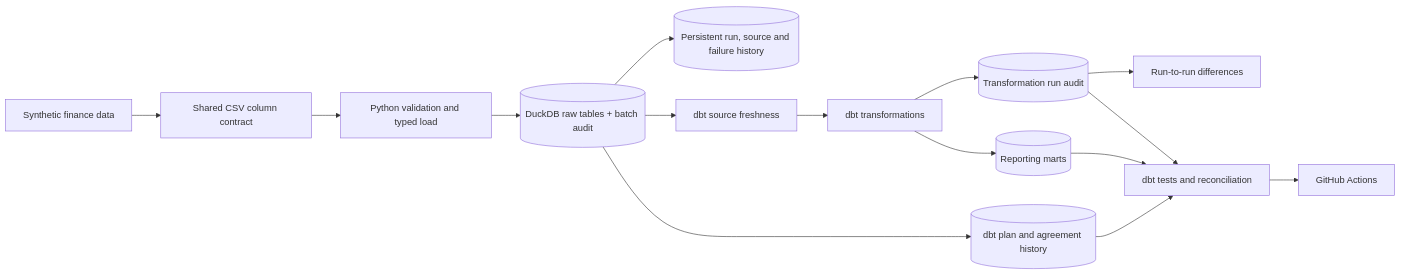
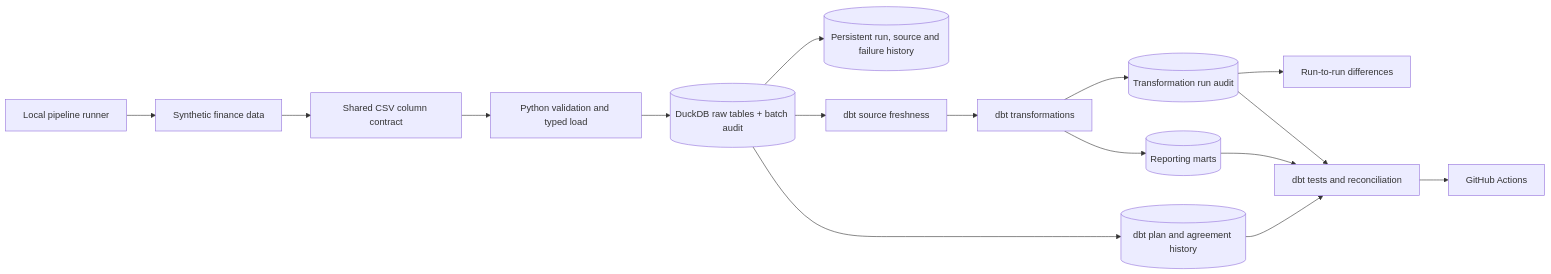
The diagram in README.md (Wasim-Jussab/finance-analytics-engineering-portfolio), drawn with Mermaid before and after one commit. The commit also changed other lines of this file and 8 other files, not shown here.

Commit message:
Day 36: add explicit local pipeline orchestration

````diff
--- a/README.md
+++ b/README.md
@@ -11,17 +11,18 @@
 ```mermaid
 flowchart LR
-    A["Synthetic finance data"] --> B["Shared CSV column contract"]
+    R["Local pipeline runner"] --> A["Synthetic finance data"]
+    A --> B["Shared CSV column contract"]
     B --> C["Python validation and typed load"]
     C --> J[("DuckDB raw tables + batch audit")]
     J --> I[("Persistent run, source and failure history")]
     J --> H["dbt source freshness"]
     J --> K[("dbt plan and agreement history")]
     H --> D["dbt transformations"]
     D --> E[("Reporting marts")]
     D --> L[("Transformation run audit")]
     L --> M["Run-to-run differences"]
     K --> F["dbt tests and reconciliation"]
     E --> F["dbt tests and reconciliation"]
     L --> F["dbt tests and reconciliation"]
     F --> G["GitHub Actions"]
 ```
````
